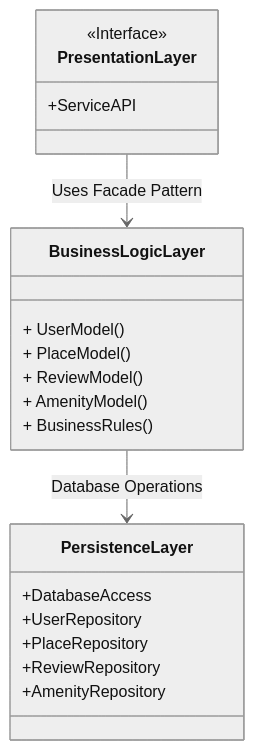
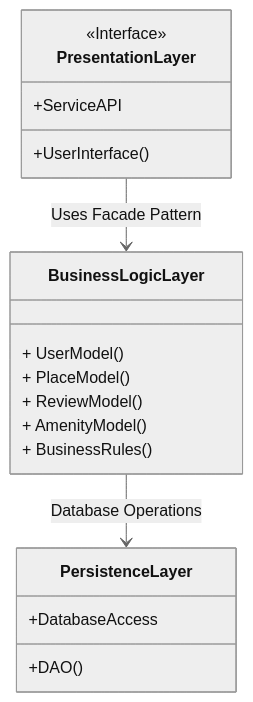
Before and after one commit to my-holber/holbertonschool-hbnb: the diagram in Task_00/task_00.mermaid, drawn with Mermaid (neutral theme).

Commit message:
add the task 00

```diff
--- a/Task_00/task_00.mermaid
+++ b/Task_00/task_00.mermaid
@@ -1,21 +1,19 @@
 classDiagram
 class PresentationLayer {
     <<Interface>>
     +ServiceAPI
+    +UserInterface()
 }
 class BusinessLogicLayer {
     + UserModel()
     + PlaceModel()
     + ReviewModel()
     + AmenityModel()
     + BusinessRules()
 }
 class PersistenceLayer {
     +DatabaseAccess
-    +UserRepository
-    +PlaceRepository
-    +ReviewRepository
-    +AmenityRepository
+    +DAO()
 }
 PresentationLayer --> BusinessLogicLayer : Uses Facade Pattern
 BusinessLogicLayer --> PersistenceLayer : Database Operations
```
